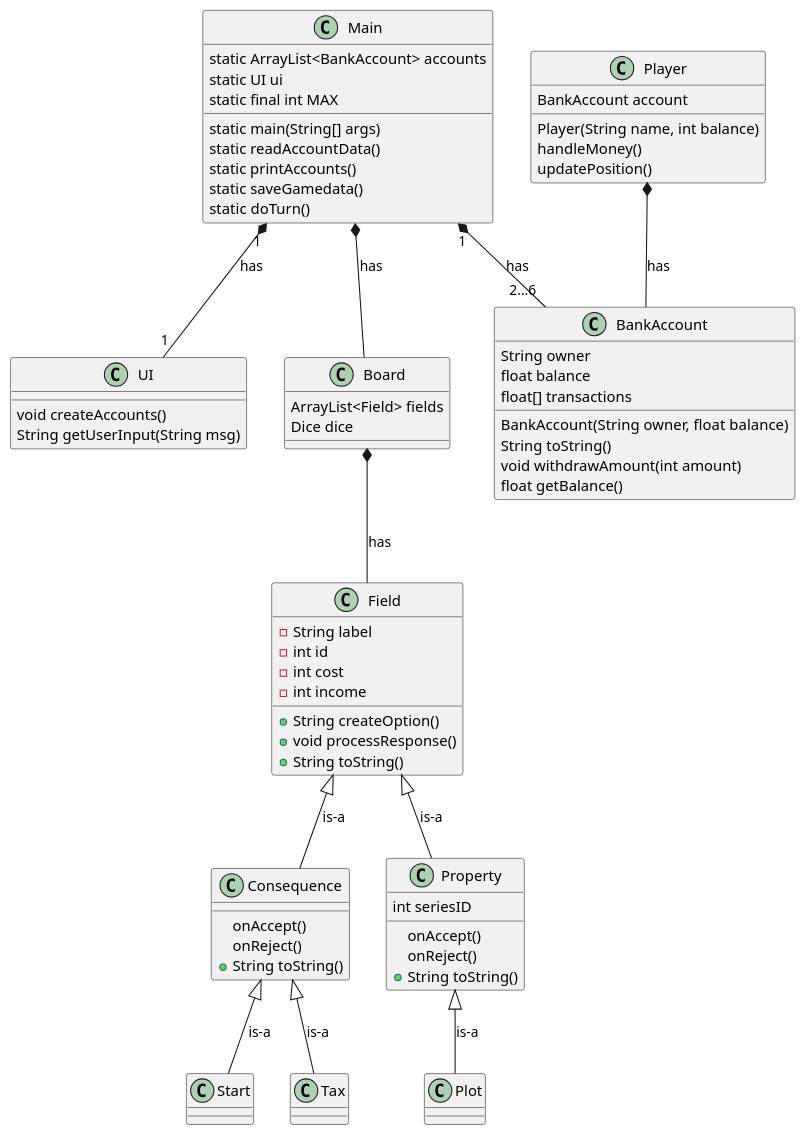
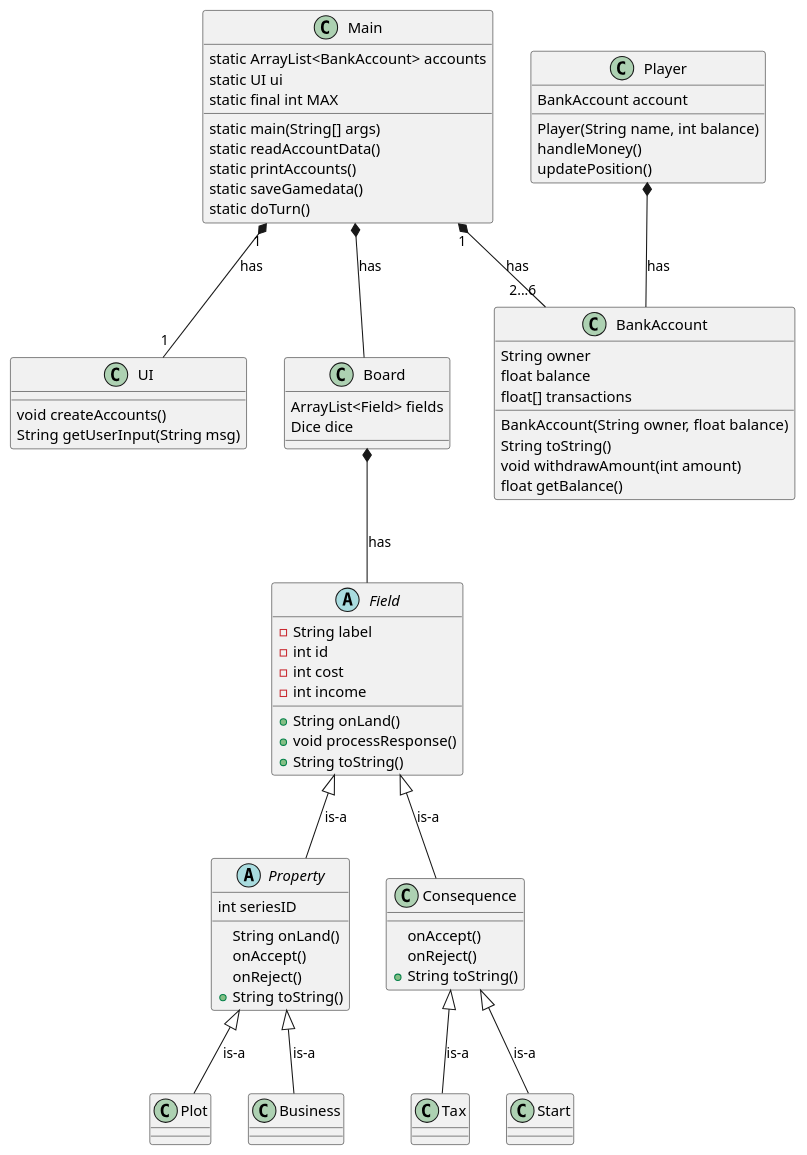
The diagram in UML/ThisProject.puml (tessG/E2021Matador), drawn with PlantUML before and after one commit. The commit also changed 17 other files, not shown here.

```diff
--- a/UML/ThisProject.puml
+++ b/UML/ThisProject.puml
@@ -1,62 +1,65 @@
 @startuml
-
+abstract class Field
+abstract class Property
 Main "1" *-- "2...6" BankAccount : has
 Main "1" *-- "1" UI : has
 Player *-- BankAccount : has
 Field <|-- Consequence : is-a
 Field <|-- Property : is-a
 Main *-- Board : has
 Board *-- Field : has
 Consequence <|-- Tax : is-a
 Consequence <|-- Start : is-a
 Property <|-- Plot : is-a
+Property <|-- Business : is-a
 
 Main : static ArrayList<BankAccount> accounts
 Main : static UI ui
 Main : static final int MAX
 Main : static main(String[] args)
 Main : static readAccountData()
 Main : static printAccounts()
 Main : static saveGamedata()
 Main : static doTurn()
 
 Board : ArrayList<Field> fields
 Board : Dice dice
 
 BankAccount : BankAccount(String owner, float balance)
 BankAccount : String owner
 BankAccount : float balance
 BankAccount : float[] transactions
 
 BankAccount : String toString()
 BankAccount : void withdrawAmount(int amount)
 BankAccount : float getBalance()
 
 UI : void createAccounts()
 UI : String getUserInput(String msg)
 
 Field : - String label
 Field : - int id
 Field : - int cost
 Field : - int income
-Field : + String createOption()
+Field : + String onLand()
 Field : + void processResponse()
 Field : + String toString()
 
 Property : int seriesID
+Property : String onLand()
 Property : onAccept()
 Property : onReject()
 Property : + String toString()
 
 
 
 Consequence : onAccept()
 Consequence : onReject()
 Consequence : + String toString()
 
 Player : BankAccount account
 Player : Player(String name, int balance)
 Player : handleMoney()
 Player : updatePosition()
 
 @enduml
```
